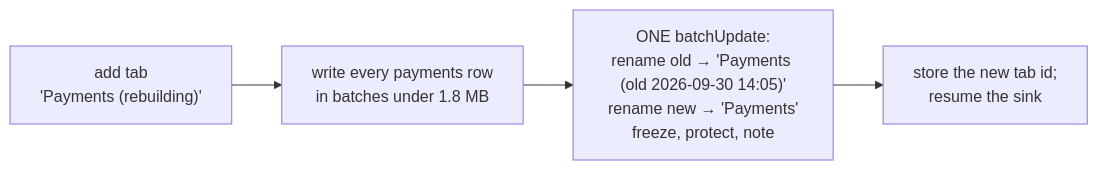
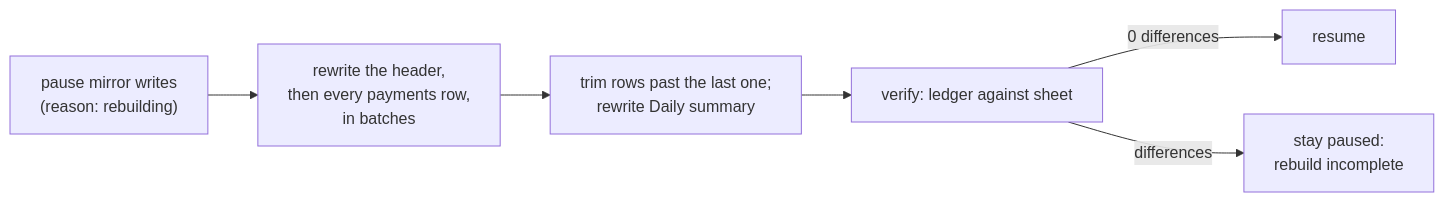
One commit to lalitkarthik/webhook-sync changed the second of 2 diagrams in docs/design/sheets-sink.md. Above: the diagram before and after it, drawn with Mermaid. The commit also changed other lines of this file and 23 other files, not shown here.

````diff
--- a/docs/design/sheets-sink.md
+++ b/docs/design/sheets-sink.md
@@ -91,6 +91,8 @@
 ```mermaid
 flowchart LR
-  A["add tab<br/>'Payments (rebuilding)'"] --> B["write every payments row<br/>in batches under 1.8 MB"]
-  B --> C["ONE batchUpdate:<br/>rename old → 'Payments (old 2026-09-30 14:05)'<br/>rename new → 'Payments'<br/>freeze, protect, note"]
-  C --> D["store the new tab id;<br/>resume the sink"]
+  A["pause mirror writes<br/>(reason: rebuilding)"] --> B["rewrite the header,<br/>then every payments row,<br/>in batches"]
+  B --> C["trim rows past the last one;<br/>rewrite Daily summary"]
+  C --> D["verify: ledger against sheet"]
+  D -- "0 differences" --> E["resume"]
+  D -- "differences" --> F["stay paused:<br/>rebuild incomplete"]
 ```
````
